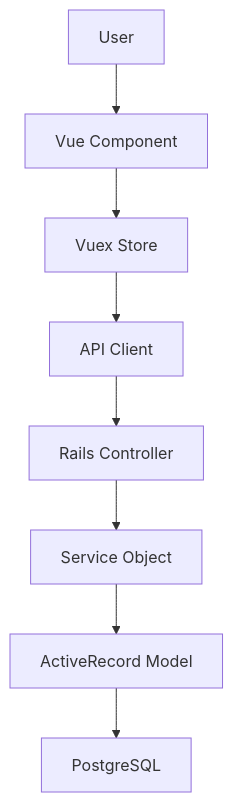
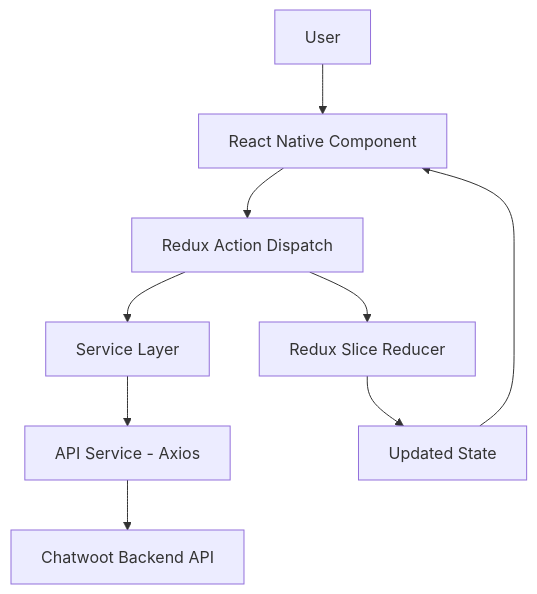
Before and after one commit to eleva-labs/chatwoot-mobile-app: the first of 2 diagrams in processes/design/RESEARCH_TEMPLATE.md, drawn with Mermaid. The commit also changed other lines of this file and 4 other files, not shown here.

````diff
--- a/processes/design/RESEARCH_TEMPLATE.md
+++ b/processes/design/RESEARCH_TEMPLATE.md
@@ -541,10 +569,11 @@
 ```mermaid
 graph TD
-    A[User] --> B[Vue Component]
-    B --> C[Vuex Store]
-    C --> D[API Client]
-    D --> E[Rails Controller]
-    E --> F[Service Object]
-    F --> G[ActiveRecord Model]
-    G --> H[PostgreSQL]
+    A[User] --> B[React Native Component]
+    B --> C[Redux Action Dispatch]
+    C --> D[Service Layer]
+    D --> E[API Service - Axios]
+    E --> F[Chatwoot Backend API]
+    C --> G[Redux Slice Reducer]
+    G --> H[Updated State]
+    H --> B
 ```
````
